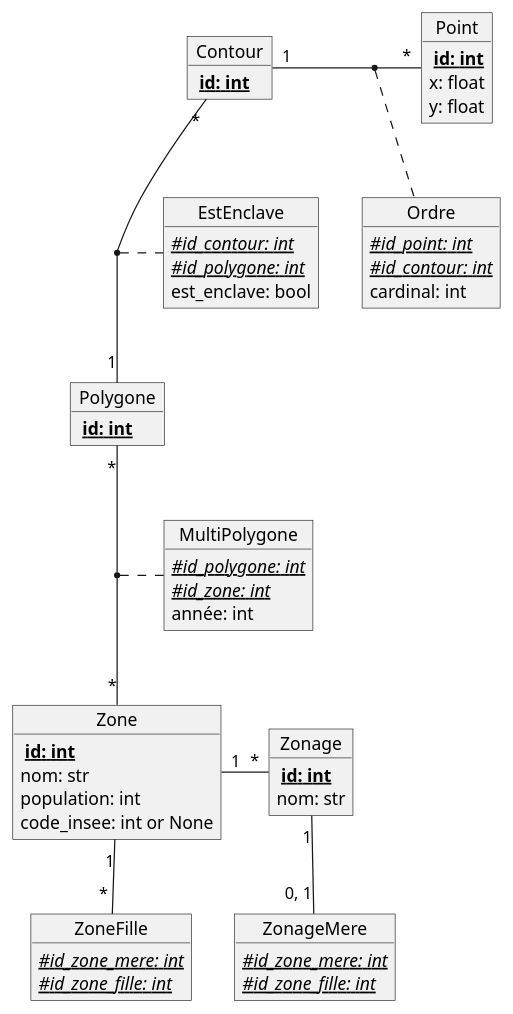
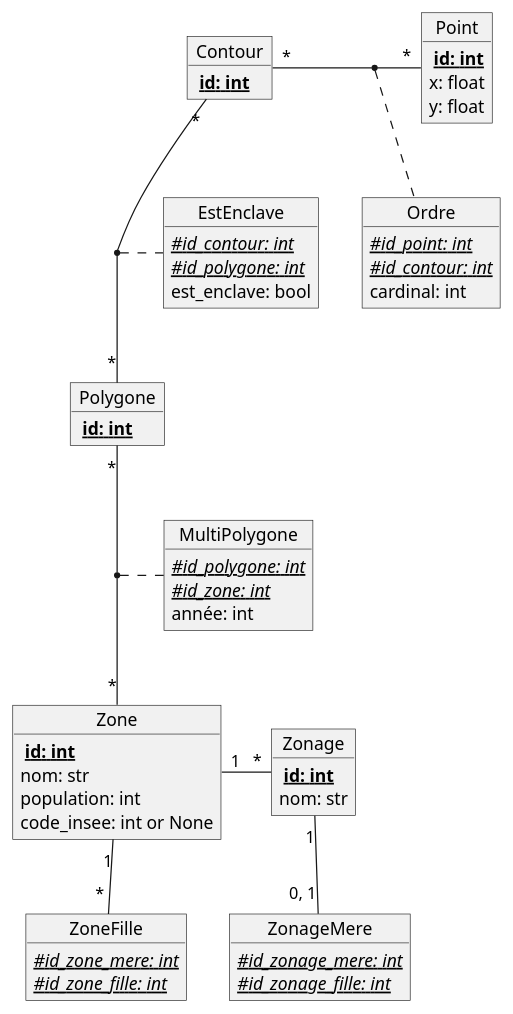
The diagram in doc/diagrammes/diagramme_entite_relation.md (antoni-guardia/ENSAI_ProjetInfo2A), drawn with PlantUML before and after one commit. The commit also changed 1 other file, not shown here.

```diff
--- a/doc/diagrammes/diagramme_entite_relation.md
+++ b/doc/diagrammes/diagramme_entite_relation.md
@@ -4,72 +4,72 @@
 @startuml
 object Zonage{
 <b> {Static} id: int
 nom: str
 }
 
 object Zone{
 <b> {Static} id: int 
 nom: str
 population: int
 code_insee: int or None
 }
 
 object MultiPolygone{
 {Static}//#id_polygone: int//
 {Static}//#id_zone: int//
 année: int
 }
 
 
 
 object Polygone{
 <b> {Static} id: int
 }
 
 object Contour{
 <b> {Static} id: int
 }
 
 object Point{
 <b> {Static} id: int
 x: float
 y: float
 }
 object EstEnclave{
 {Static}//#id_contour: int//
 {Static}//#id_polygone: int//
 est_enclave: bool
 }
 
 object Ordre{
 {Static}//#id_point: int//
 {Static}//#id_contour: int//
 cardinal: int
 
 }
 
 object ZoneFille{
 {Static}//#id_zone_mere: int//
 {Static}//#id_zone_fille: int//
 }
 
 object ZonageMere{
-{Static}//#id_zone_mere: int//
-{Static}//#id_zone_fille: int//
+{Static}//#id_zonage_mere: int//
+{Static}//#id_zonage_fille: int//
 }
 Zonage "1"-- "0, 1" ZonageMere
 
 Polygone "*" -- "*" Zone
 (Polygone, Zone) .. MultiPolygone
 
-Contour "*" -- "1" Polygone
+Contour "*" -- "*" Polygone
 (Contour, Polygone) .. EstEnclave
 
-Contour "1" -right- "*" Point
+Contour "*" -right- "*" Point
 (Contour, Point) .. Ordre
 
 Zone "1" -down- " * " ZoneFille
 Zone "1" -right- "*" Zonage
 
 
 @enduml
```
